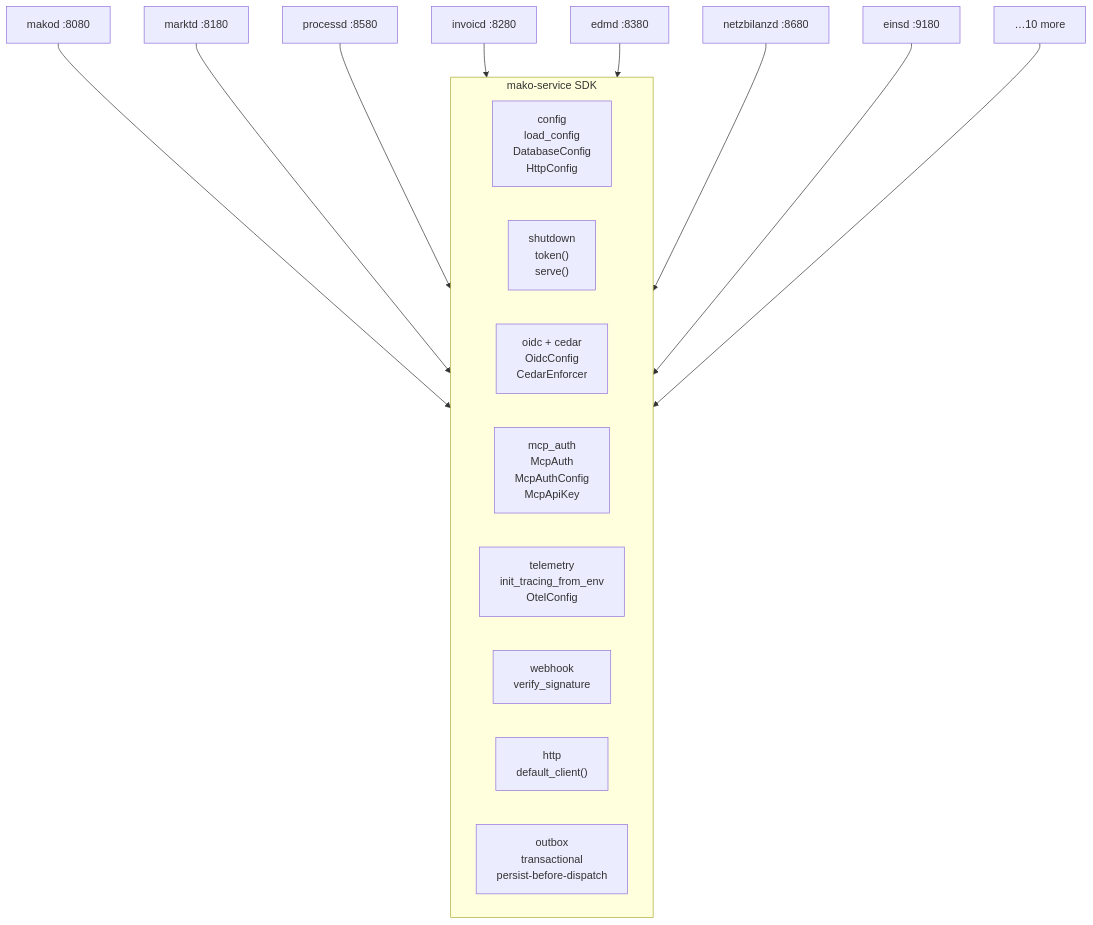
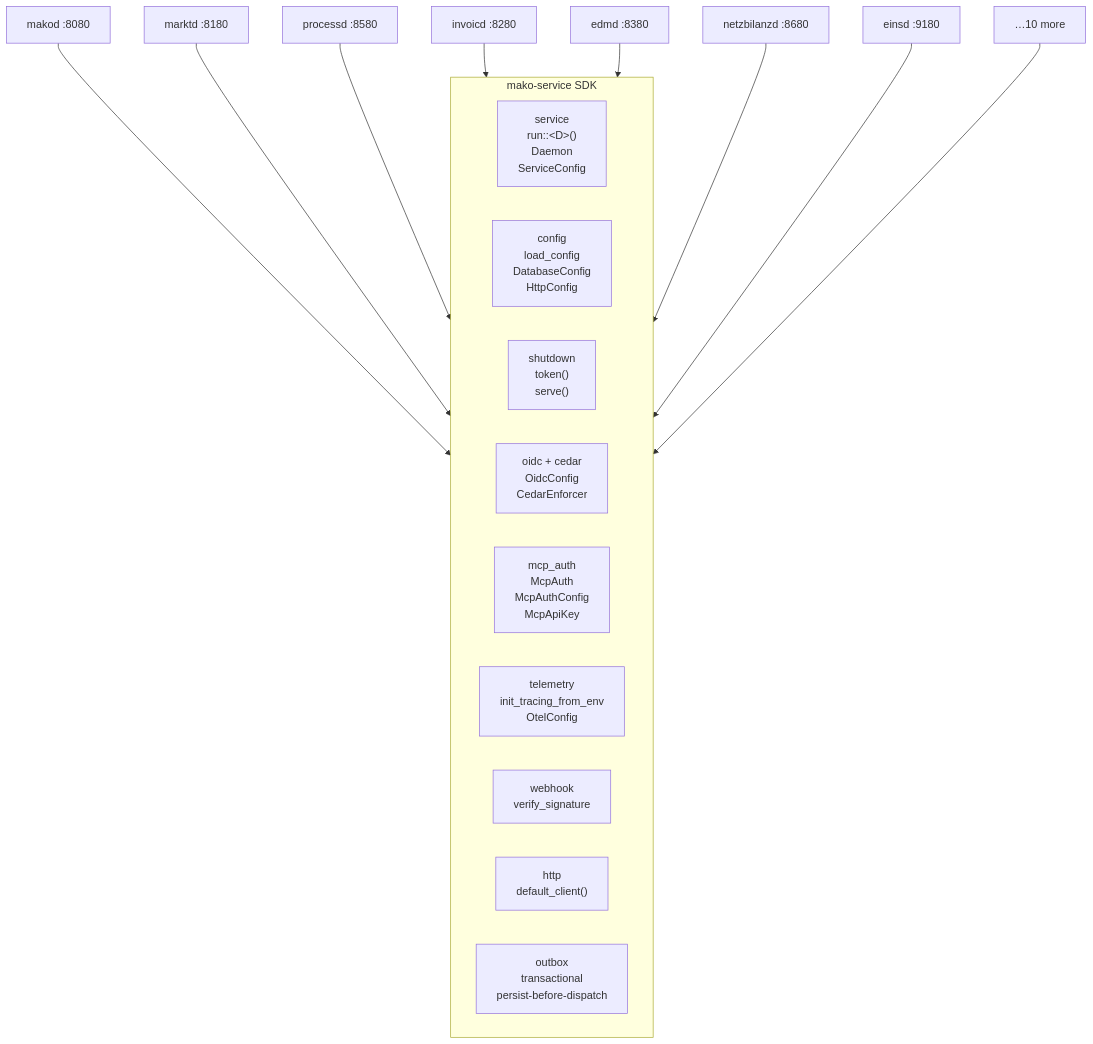
The fourth of 5 diagrams in site/content/docs/architecture/_index.md (hupe1980/mako), drawn with Mermaid before and after one commit. The commit also changed other lines of this file and 490 other files, not shown here.

````diff
--- a/site/content/docs/architecture/_index.md
+++ b/site/content/docs/architecture/_index.md
@@ -501,19 +582,20 @@
 ```mermaid
 graph TD
     A["makod :8080"] & B["marktd :8180"] & C["processd :8580"] & D["invoicd :8280"]
     E["edmd :8380"] & F["netzbilanzd :8680"] & G["einsd :9180"] & H["…10 more"]
 
     subgraph sdk ["mako-service SDK"]
         direction LR
+        RUN["service<br/>run::&lt;D&gt;()<br/>Daemon<br/>ServiceConfig"]
         CFG["config<br/>load_config<br/>DatabaseConfig<br/>HttpConfig"]
         SD["shutdown<br/>token()<br/>serve()"]
         AUTH["oidc + cedar<br/>OidcConfig<br/>CedarEnforcer"]
         MCP["mcp_auth<br/>McpAuth<br/>McpAuthConfig<br/>McpApiKey"]
         TEL["telemetry<br/>init_tracing_from_env<br/>OtelConfig"]
         WEB["webhook<br/>verify_signature"]
         HTTP["http<br/>default_client()"]
         OB["outbox<br/>transactional<br/>persist-before-dispatch"]
     end
 
     A & B & C & D & E & F & G & H --> sdk
 ```
````
